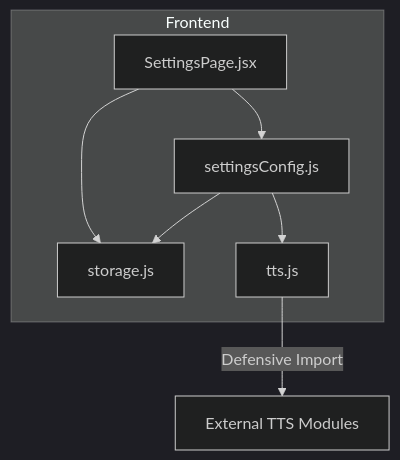
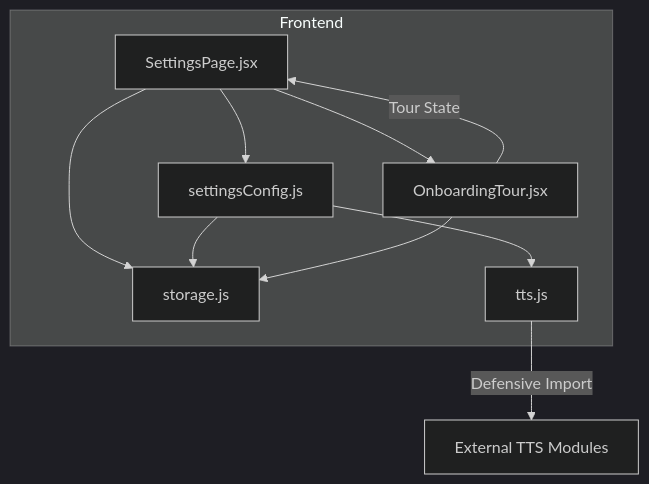
The first of 6 diagrams in .qoder/repowiki/en/content/Utility Libraries/Settings Configuration.md (zmyeo54/briefroom), drawn with Mermaid (dark theme) before and after one commit. The commit also changed other lines of this file and 41 other files, not shown here.

First line of the commit message:
docs(core-features): add detailed documentation for Mindmap Visualization and Onboarding Tour System

````diff
--- a/.qoder/repowiki/en/content/Utility Libraries/Settings Configuration.md
+++ b/.qoder/repowiki/en/content/Utility Libraries/Settings Configuration.md
@@ -40,14 +44,18 @@
 ```mermaid
 graph TB
 subgraph "Frontend"
 SP["SettingsPage.jsx"]
 SC["settingsConfig.js"]
 ST["storage.js"]
+OT["OnboardingTour.jsx"]
 TT["tts.js"]
 end
 SP --> SC
 SP --> ST
+SP --> OT
 SC --> ST
 SC --> TT
+OT --> ST
+OT --> |Tour State| SP
 TT --> |Defensive Import| External["External TTS Modules"]
 ```
````
